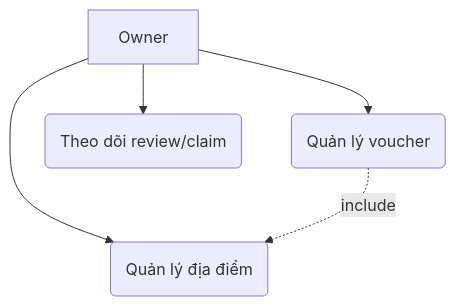
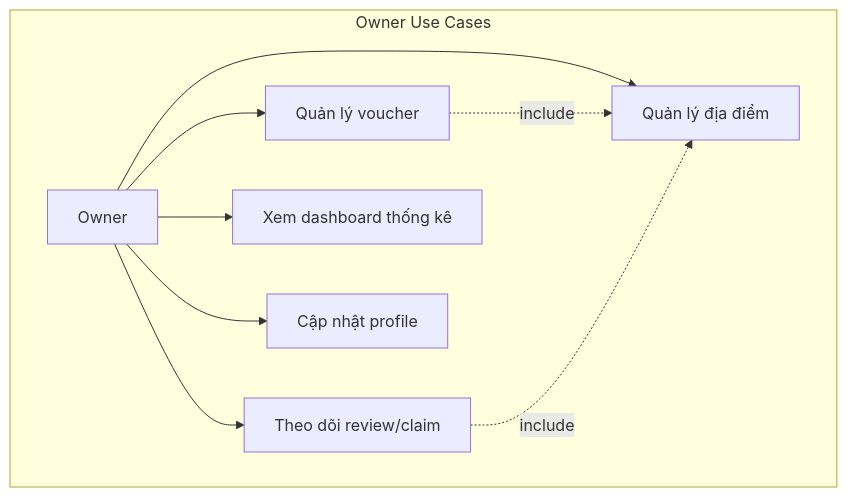
One commit to tamnguyen0K/voucher-management-system changed the second of 19 diagrams in docs/system-architecture.md. Above: the diagram before and after it, drawn with Mermaid. The commit also changed other lines of this file and 13 other files, not shown here.

````diff
--- a/docs/system-architecture.md
+++ b/docs/system-architecture.md
@@ -41,11 +52,19 @@
 ```mermaid
 flowchart TB
-    O[Owner]
-    OC1(Quản lý địa điểm)
-    OC2(Quản lý voucher)
-    OC3(Theo dõi review/claim)
-    O --> OC1
-    O --> OC2
-    O --> OC3
-    OC2 -. include .-> OC1
+    subgraph "Owner Use Cases"
+        O[Owner]
+        OC1[Quản lý địa điểm]
+        OC2[Quản lý voucher]
+        OC3[Theo dõi review/claim]
+        OC4[Xem dashboard thống kê]
+        OC5[Cập nhật profile]
+        
+        O --> OC1
+        O --> OC2
+        O --> OC3
+        O --> OC4
+        O --> OC5
+        OC2 -. include .-> OC1
+        OC3 -. include .-> OC1
+    end
 ```
````
